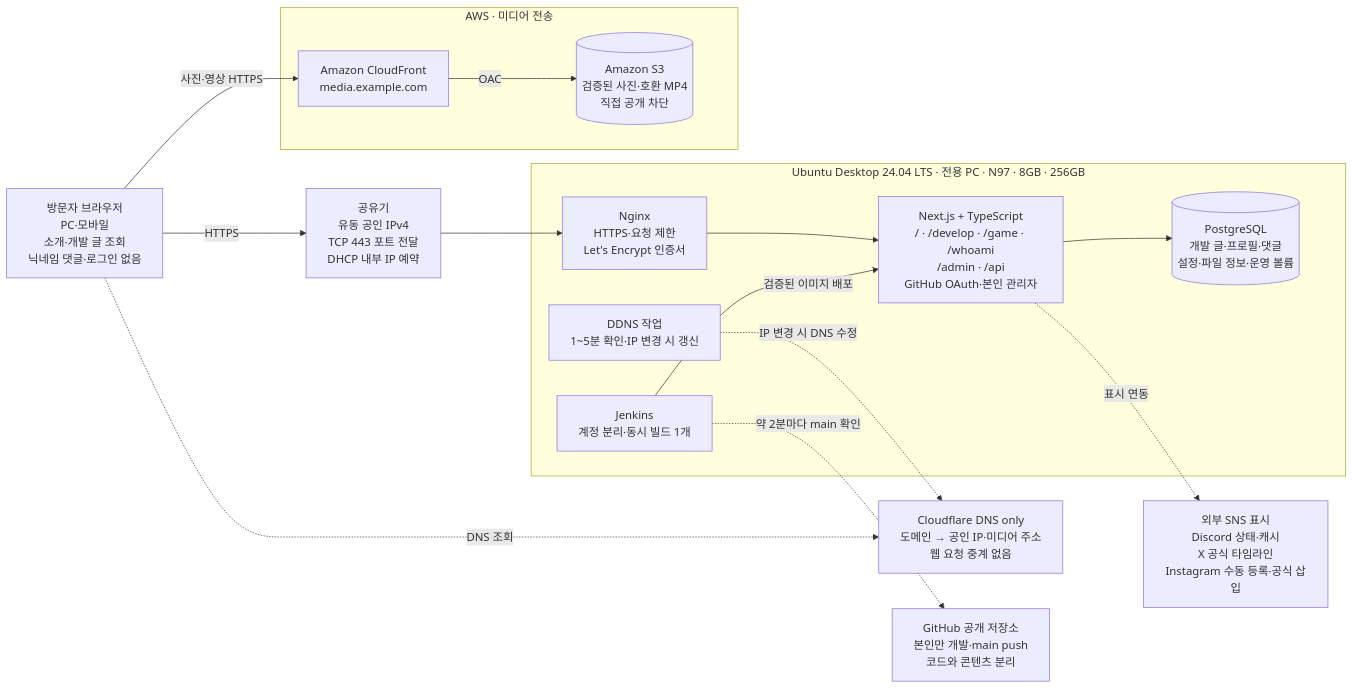
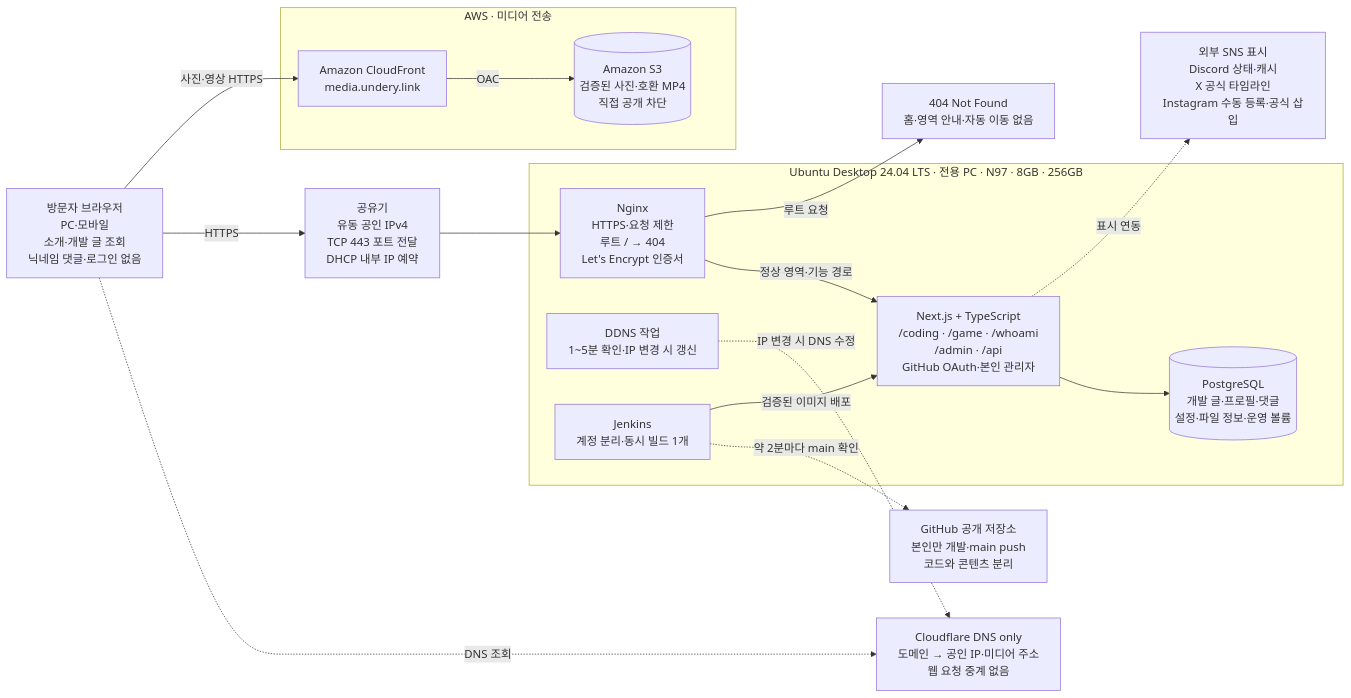
Before and after one commit to Undery33/Introduce_Page: the first of 3 diagrams in README.md, drawn with Mermaid. The commit also changed other lines of this file and 1 other file, not shown here.

````diff
--- a/README.md
+++ b/README.md
@@ -835,26 +879,28 @@
 ```mermaid
 flowchart LR
     U[방문자 브라우저<br/>PC·모바일<br/>소개·개발 글 조회<br/>닉네임 댓글·로그인 없음]
     DNS[Cloudflare DNS only<br/>도메인 → 공인 IP·미디어 주소<br/>웹 요청 중계 없음]
     R[공유기<br/>유동 공인 IPv4<br/>TCP 443 포트 전달<br/>DHCP 내부 IP 예약]
     G[GitHub 공개 저장소<br/>본인만 개발·main push<br/>코드와 콘텐츠 분리]
     subgraph PC[Ubuntu Desktop 24.04 LTS · 전용 PC · N97 · 8GB · 256GB]
-        N[Nginx<br/>HTTPS·요청 제한<br/>Let's Encrypt 인증서]
-        APP[Next.js + TypeScript<br/>/ · /develop · /game · /whoami<br/>/admin · /api<br/>GitHub OAuth·본인 관리자]
+        N[Nginx<br/>HTTPS·요청 제한<br/>루트 / → 404<br/>Let's Encrypt 인증서]
+        APP[Next.js + TypeScript<br/>/coding · /game · /whoami<br/>/admin · /api<br/>GitHub OAuth·본인 관리자]
         DB[(PostgreSQL<br/>개발 글·프로필·댓글<br/>설정·파일 정보·운영 볼륨)]
         DDNS[DDNS 작업<br/>1~5분 확인·IP 변경 시 갱신]
         J[Jenkins<br/>계정 분리·동시 빌드 1개]
     end
     subgraph AWS[AWS · 미디어 전송]
-        CF[Amazon CloudFront<br/>media.example.com]
+        CF[Amazon CloudFront<br/>media.undery.link]
         S3[(Amazon S3<br/>검증된 사진·호환 MP4<br/>직접 공개 차단)]
     end
     SNS[외부 SNS 표시<br/>Discord 상태·캐시<br/>X 공식 타임라인<br/>Instagram 수동 등록·공식 삽입]
     U -. DNS 조회 .-> DNS
-    U -->|HTTPS| R --> N --> APP --> DB
+    U -->|HTTPS| R --> N
+    N -->|정상 영역·기능 경로| APP --> DB
+    N -->|루트 요청| NOTFOUND[404 Not Found<br/>홈·영역 안내·자동 이동 없음]
     U -->|사진·영상 HTTPS| CF -->|OAC| S3
     DDNS -. IP 변경 시 DNS 수정 .-> DNS
     J -. 약 2분마다 main 확인 .-> G
     J -->|검증된 이미지 배포| APP
     APP -. 표시 연동 .-> SNS
 ```
````
